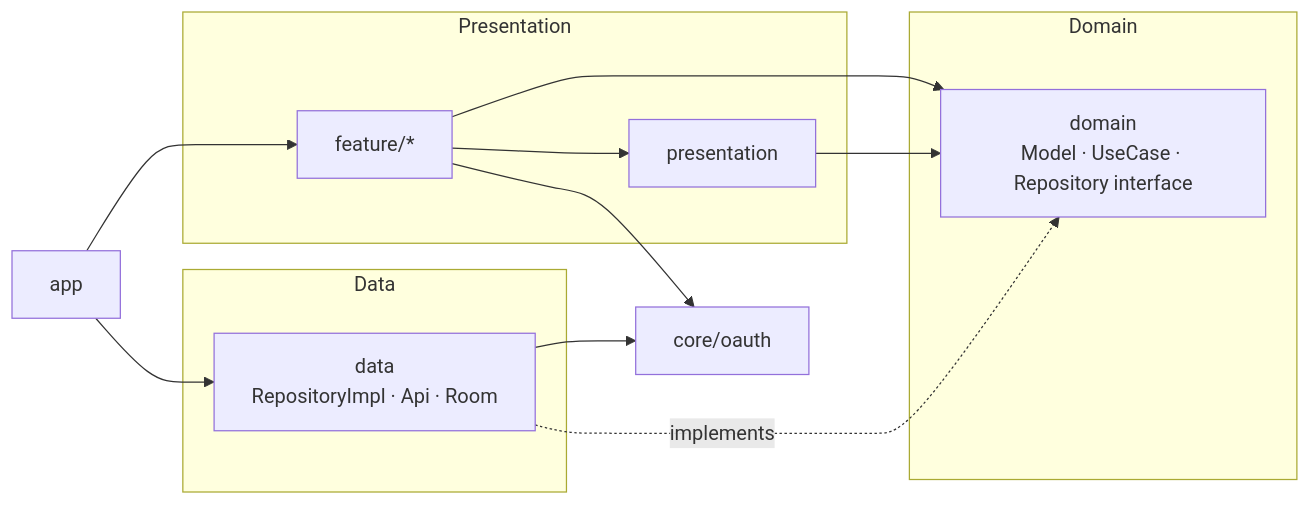
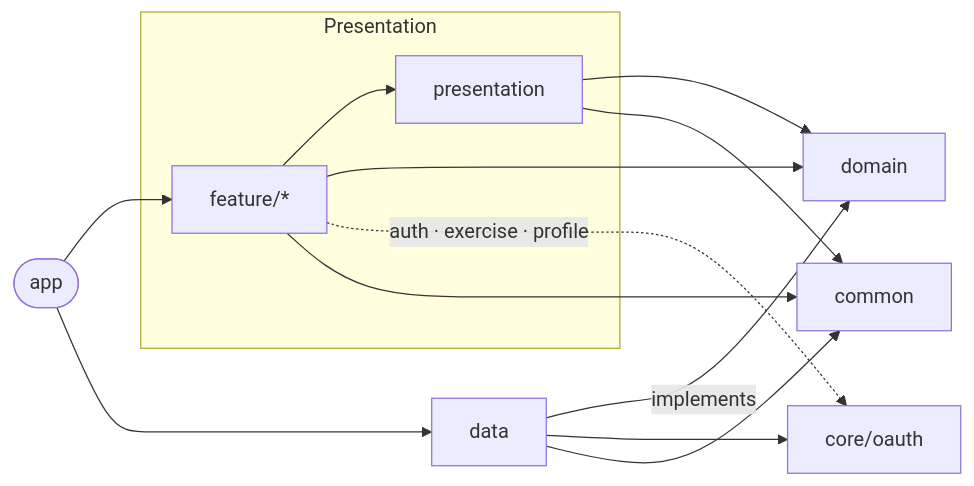
Before and after one commit to projects200/android: the diagram in README.md, drawn with Mermaid. The commit also changed other lines of this file, not shown here.

Commit message:
docs: 아키텍처 다이어그램 의존 방향 보강, 커버리지 태스크 이름 수정

````diff
--- a/README.md
+++ b/README.md
@@ -45,21 +45,24 @@
 ```mermaid
 flowchart LR
-    subgraph P[Presentation]
-        F[feature/*]
-        PR[presentation]
+    APP(["app"])
+    subgraph PL["Presentation"]
+        F["feature/*"]
+        PR["presentation"]
     end
-    subgraph D[Domain]
-        DM[domain<br/>Model · UseCase · Repository interface]
-    end
-    subgraph DA[Data]
-        DT[data<br/>RepositoryImpl · Api · Room]
-    end
-    APP[app] --> F
+    DM["domain"]
+    DT["data"]
+    OA["core/oauth"]
+    CM["common"]
+
+    APP --> F
     APP --> DT
     F --> PR
     F --> DM
     PR --> DM
-    DT -.implements.-> DM
-    F --> OA[core/oauth]
+    DT -- "implements" --> DM
     DT --> OA
+    F -. "auth · exercise · profile" .-> OA
+    F --> CM
+    PR --> CM
+    DT --> CM
 ```
````
